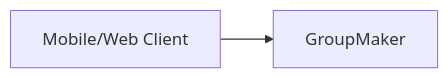
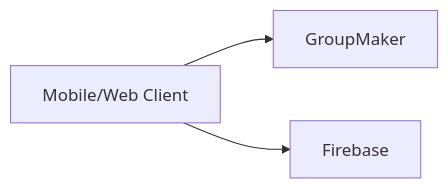
One commit to BenasB/compooler-classic changed the diagram in docs/technical/architecture.md. Above: the diagram before and after it, drawn with Mermaid. The commit also changed 15 other files, not shown here.

````diff
--- a/docs/technical/architecture.md
+++ b/docs/technical/architecture.md
@@ -8,4 +8,5 @@
 ```mermaid
 graph LR;
     client[Mobile/Web Client]-->GroupMaker;
+    client[Mobile/Web Client]-->Firebase;
 ```
````
